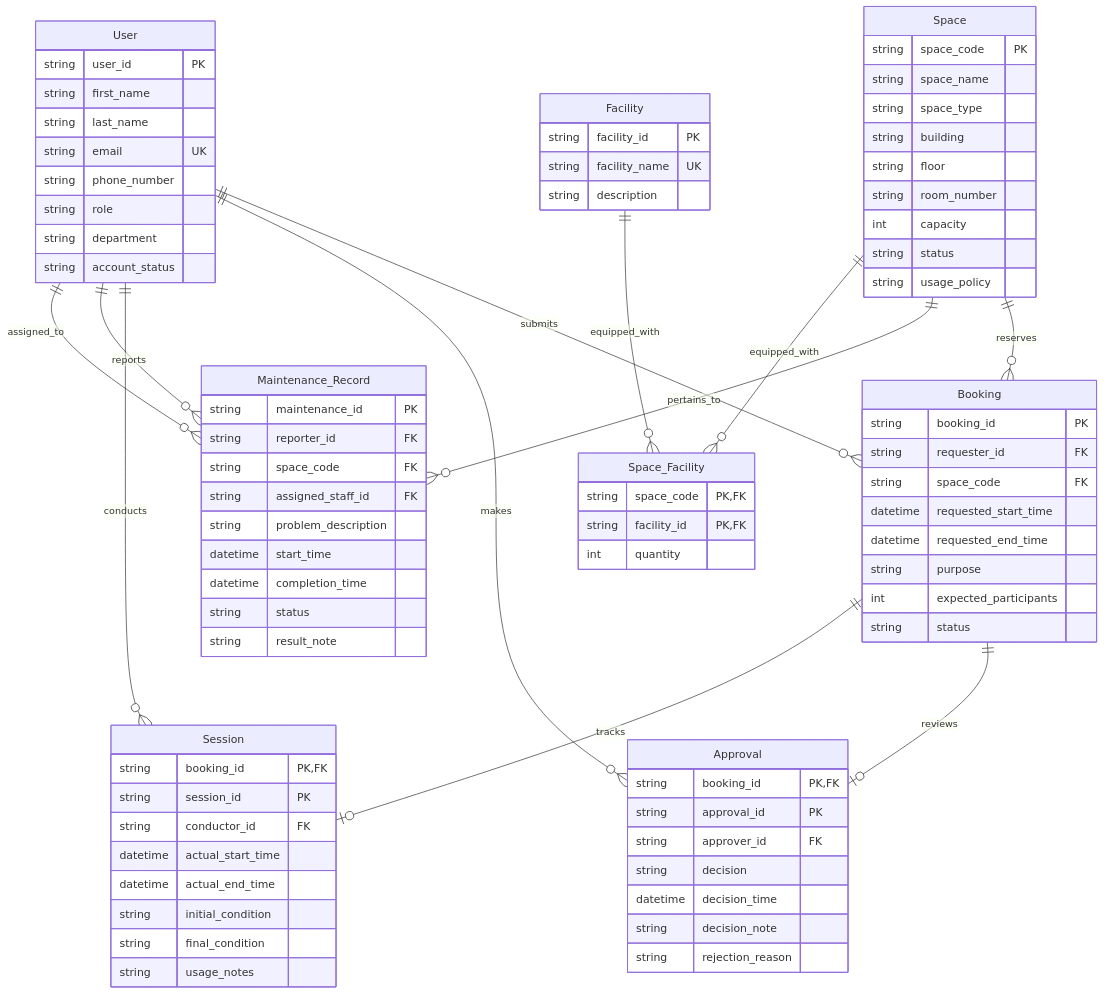
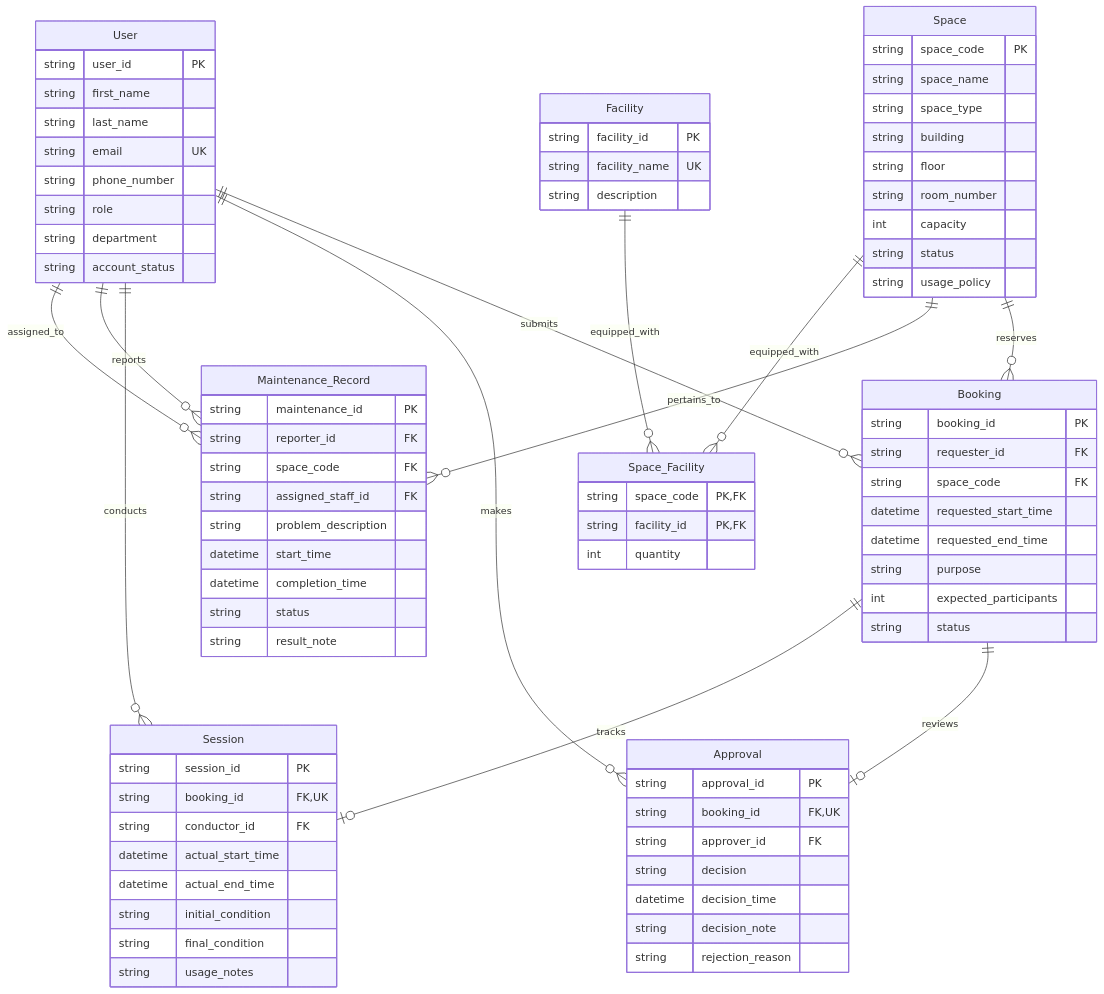
The diagram in outputs/03-logical-design-G7.md (thanhan11hz/ProjectCS486), drawn with Mermaid before and after one commit. The commit also changed other lines of this file and 2 other files, not shown here.

```diff
--- a/outputs/03-logical-design-G7.md
+++ b/outputs/03-logical-design-G7.md
@@ -335,8 +325,8 @@
     }
 
     Approval {
-        string booking_id PK,FK
         string approval_id PK
+        string booking_id FK,UK
         string approver_id FK
         string decision
         datetime decision_time
@@ -345,8 +335,8 @@
     }
 
     Session {
-        string booking_id PK,FK
         string session_id PK
+        string booking_id FK,UK
         string conductor_id FK
         datetime actual_start_time
         datetime actual_end_time
```
